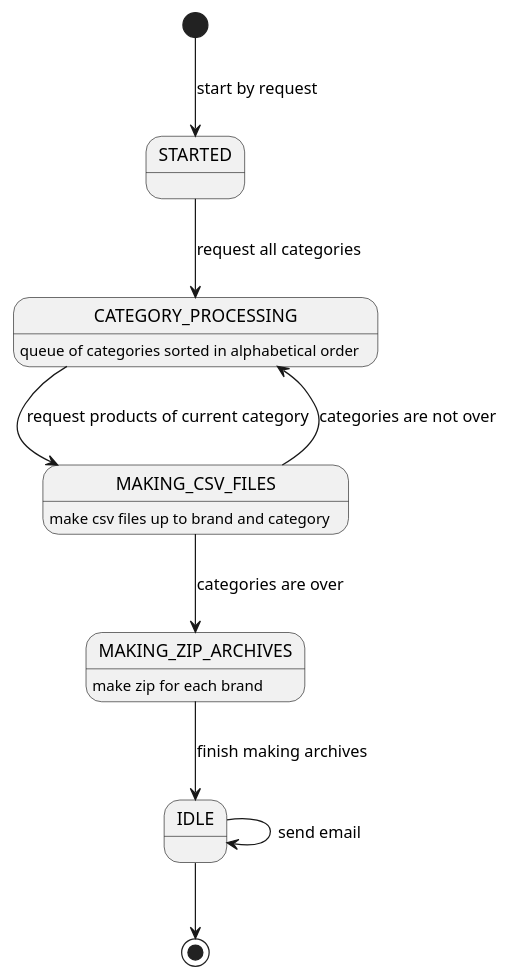
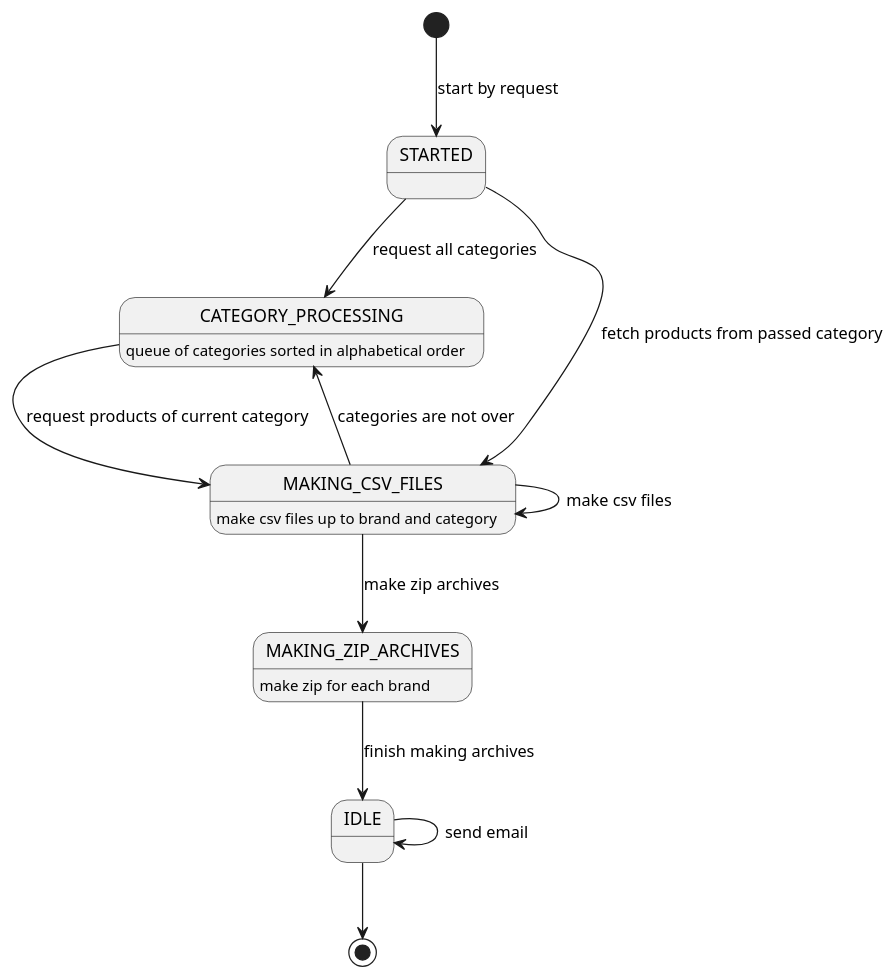
One commit to KiryaHandsome/restful-state-machine changed the diagram in uml/StateMachineUML.puml. Above: the diagram before and after it, drawn with PlantUML. The commit also changed 18 other files, not shown here.

```diff
--- a/uml/StateMachineUML.puml
+++ b/uml/StateMachineUML.puml
@@ -1,23 +1,27 @@
 @startuml
 
 [*] --> STARTED : start by request
 
 STARTED --> CATEGORY_PROCESSING : request all categories
 
+STARTED --> MAKING_CSV_FILES : fetch products from passed category
+
 CATEGORY_PROCESSING --> MAKING_CSV_FILES : request products of current category
 
 MAKING_CSV_FILES --> CATEGORY_PROCESSING : categories are not over
 
-MAKING_CSV_FILES --> MAKING_ZIP_ARCHIVES : categories are over
+MAKING_CSV_FILES --> MAKING_CSV_FILES : make csv files
+
+MAKING_CSV_FILES --> MAKING_ZIP_ARCHIVES : make zip archives
 
 MAKING_ZIP_ARCHIVES --> IDLE : finish making archives
 
 IDLE --> IDLE : send email
 
 IDLE --> [*]
 
 CATEGORY_PROCESSING : queue of categories sorted in alphabetical order
 MAKING_CSV_FILES : make csv files up to brand and category
 MAKING_ZIP_ARCHIVES : make zip for each brand
 
 @enduml
```
